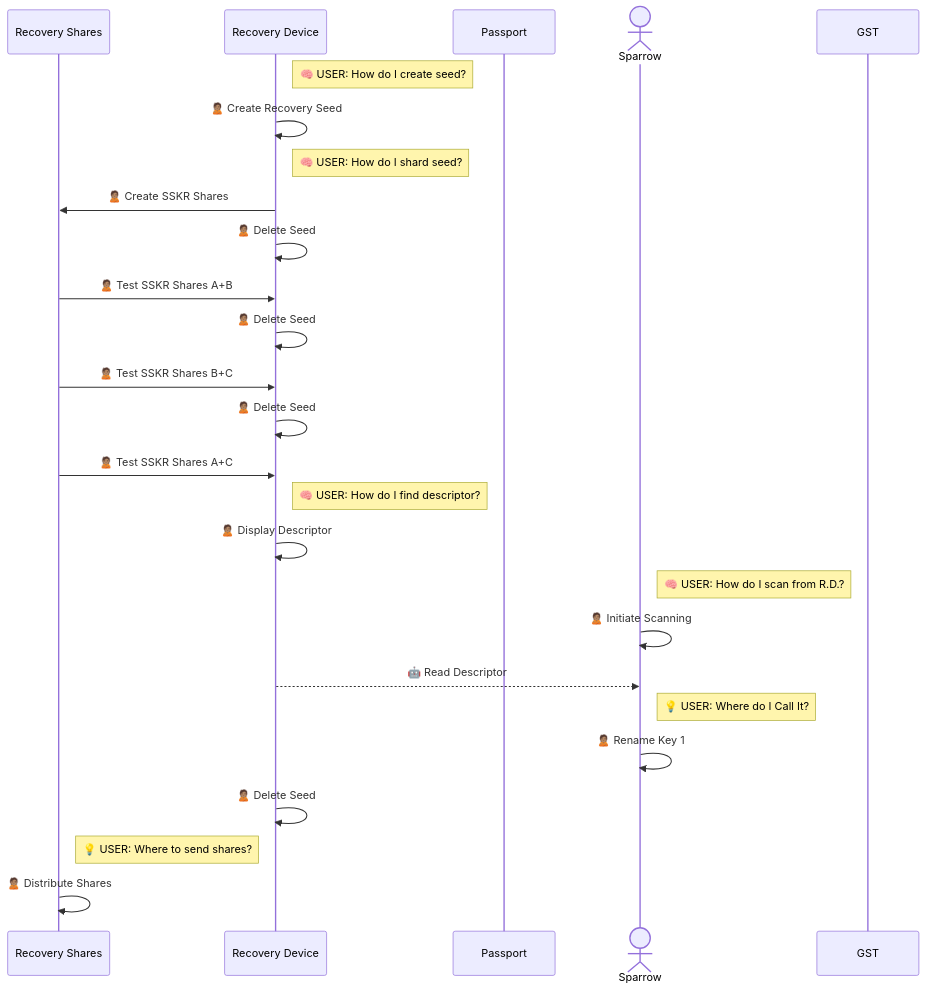
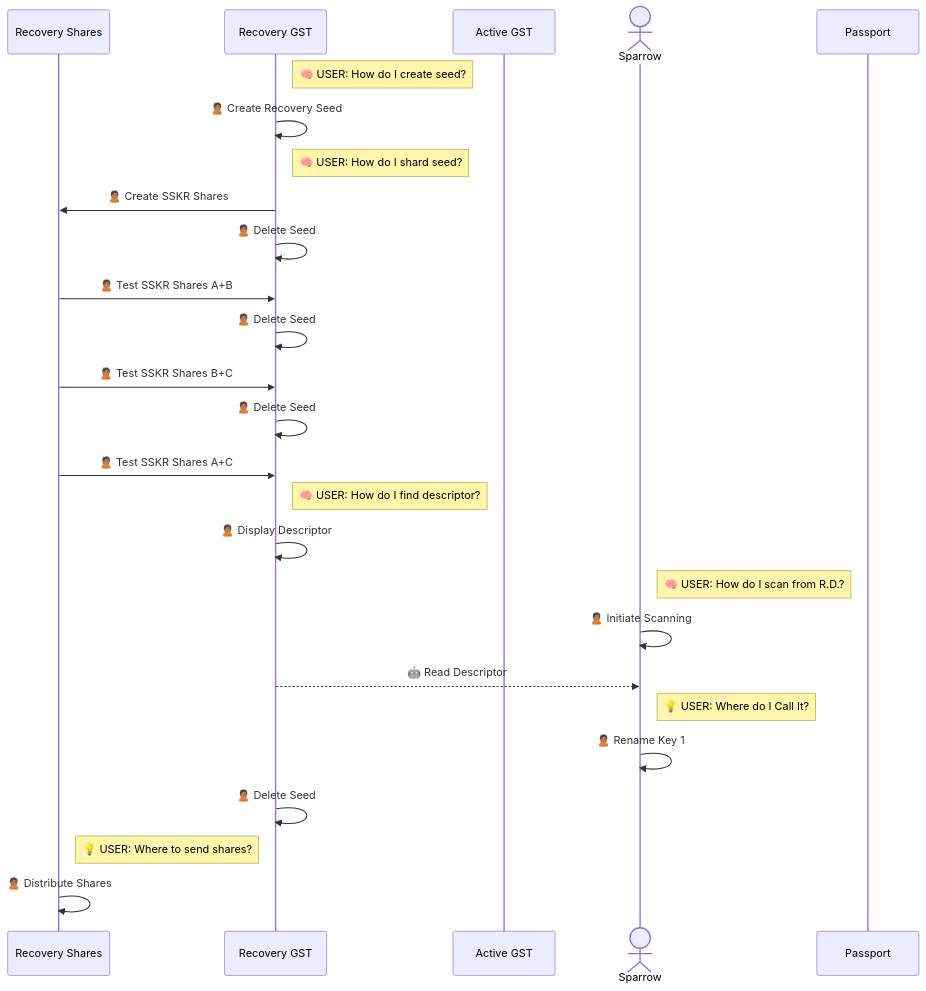
Before and after one commit to BlockchainCommons/SmartCustody: the second of 2 diagrams in Docs/Scenario-Multisig-RR.md, drawn with Mermaid. The commit also changed other lines of this file, not shown here.

````diff
--- a/Docs/Scenario-Multisig-RR.md
+++ b/Docs/Scenario-Multisig-RR.md
@@ -34,30 +34,30 @@
 ```mermaid
 sequenceDiagram
 participant Rs as Recovery Shares
-participant R as Recovery Device
-participant S1 as Passport
+participant R as Recovery GST
+participant S1 as Active GST
 actor TC as Sparrow
-participant S2 as GST
+participant S2 as Passport
 
 note right of R: 🧠 USER: How do I create seed?
 R->>R: 🙎🏽 Create Recovery Seed
 note right of R: 🧠 USER: How do I shard seed?
 R->>Rs: 🙎🏽 Create SSKR Shares
 R->>R: 🙎🏽 Delete Seed
 Rs->>R: 🙎🏽 Test SSKR Shares A+B
 R->>R: 🙎🏽 Delete Seed
 Rs->>R: 🙎🏽 Test SSKR Shares B+C
 R->>R: 🙎🏽 Delete Seed
 Rs->>R: 🙎🏽 Test SSKR Shares A+C
 
 note right of R: 🧠 USER: How do I find descriptor?
 R->>R: 🙎🏽 Display Descriptor
 note right of TC: 🧠 USER: How do I scan from R.D.?
 TC->>TC: 🙎🏽 Initiate Scanning
 R-->>TC: 🤖 Read Descriptor
 note right of TC: 💡 USER: Where do I Call It?
 TC->>TC: 🙎🏽 Rename Key 1
 R->>R: 🙎🏽 Delete Seed
 note right of Rs: 💡 USER: Where to send shares?
 Rs->>Rs: 🙎🏽 Distribute Shares
 ```
````
